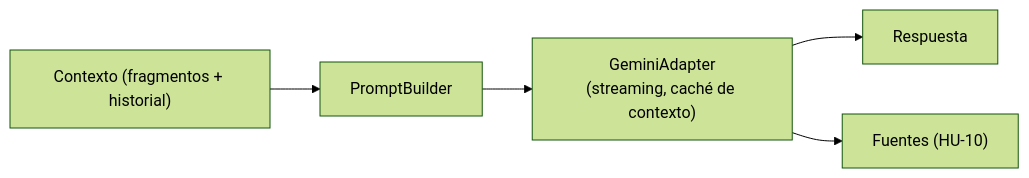
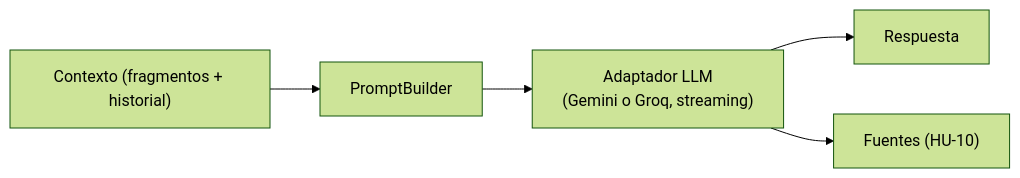
Before and after one commit to ScMateo/Arquitectura_RAG: the fifth of 7 diagrams in docs/ARQUITECTURA_MODULAR.md, drawn with Mermaid (forest theme). The commit also changed other lines of this file and 3 other files, not shown here.

Commit message:
docs: documentar proveedor Groq, cuota y seleccion LLM

````diff
--- a/docs/ARQUITECTURA_MODULAR.md
+++ b/docs/ARQUITECTURA_MODULAR.md
@@ -180,7 +180,7 @@
 ```mermaid
 flowchart LR
     A["Contexto (fragmentos + historial)"] --> B["PromptBuilder"]
-    B --> C["GeminiAdapter<br/>(streaming, caché de contexto)"]
+    B --> C["Adaptador LLM<br/>(Gemini o Groq, streaming)"]
     C --> D["Respuesta"]
     C --> E["Fuentes (HU-10)"]
 ```
````
